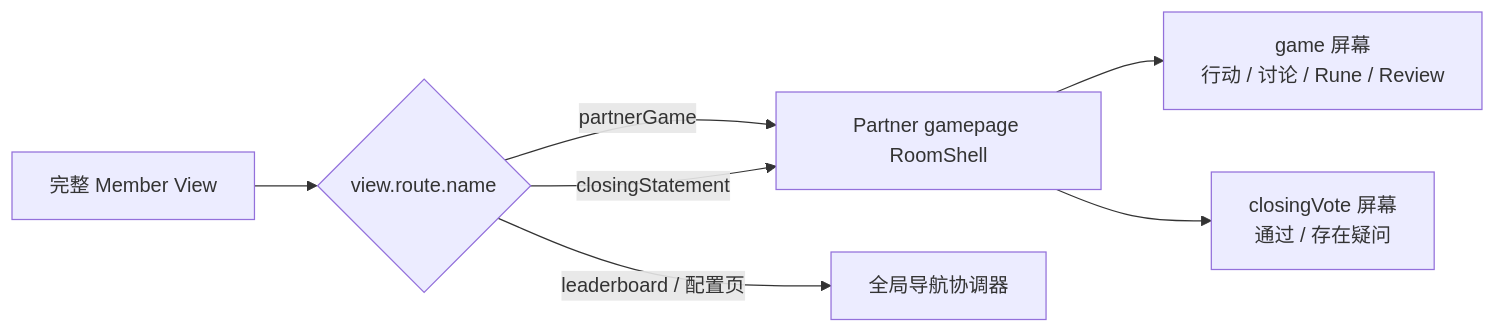
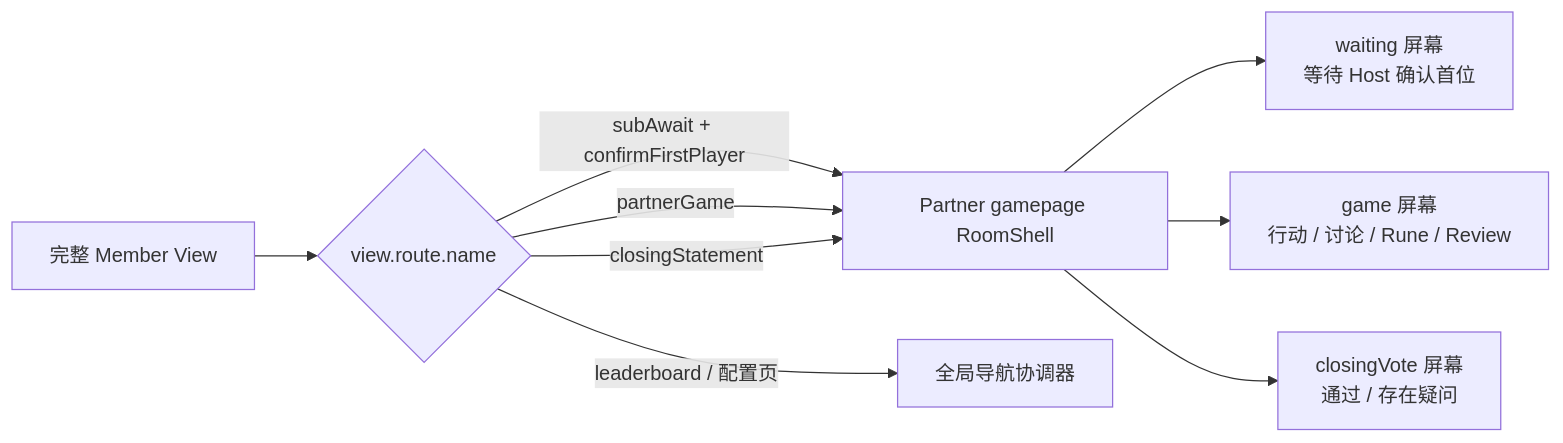
Diagram 11 of 19 in docs/ROOM_BUSINESS_FLOWS.md (Bubble-419/cardboard-miniprogram), drawn with Mermaid before and after one commit. The commit also changed other lines of this file and 26 other files, not shown here.

Commit message:
refactor: migrate waiting flows into stable room shells

````diff
--- a/docs/ROOM_BUSINESS_FLOWS.md
+++ b/docs/ROOM_BUSINESS_FLOWS.md
@@ -371,14 +376,16 @@
 ```mermaid
 flowchart LR
   VIEW[完整 Member View]
   ROUTE{view.route.name}
   SHELL[Partner gamepage RoomShell]
+  WAIT[waiting 屏幕<br/>等待 Host 确认首位]
   GAME[game 屏幕<br/>行动 / 讨论 / Rune / Review]
   VOTE_SCREEN[closingVote 屏幕<br/>通过 / 存在疑问]
   NAV[全局导航协调器]
 
   VIEW --> ROUTE
+  ROUTE -->|subAwait + confirmFirstPlayer| SHELL --> WAIT
   ROUTE -->|partnerGame| SHELL --> GAME
   ROUTE -->|closingStatement| SHELL --> VOTE_SCREEN
   ROUTE -->|leaderboard / 配置页| NAV
 ```
````
